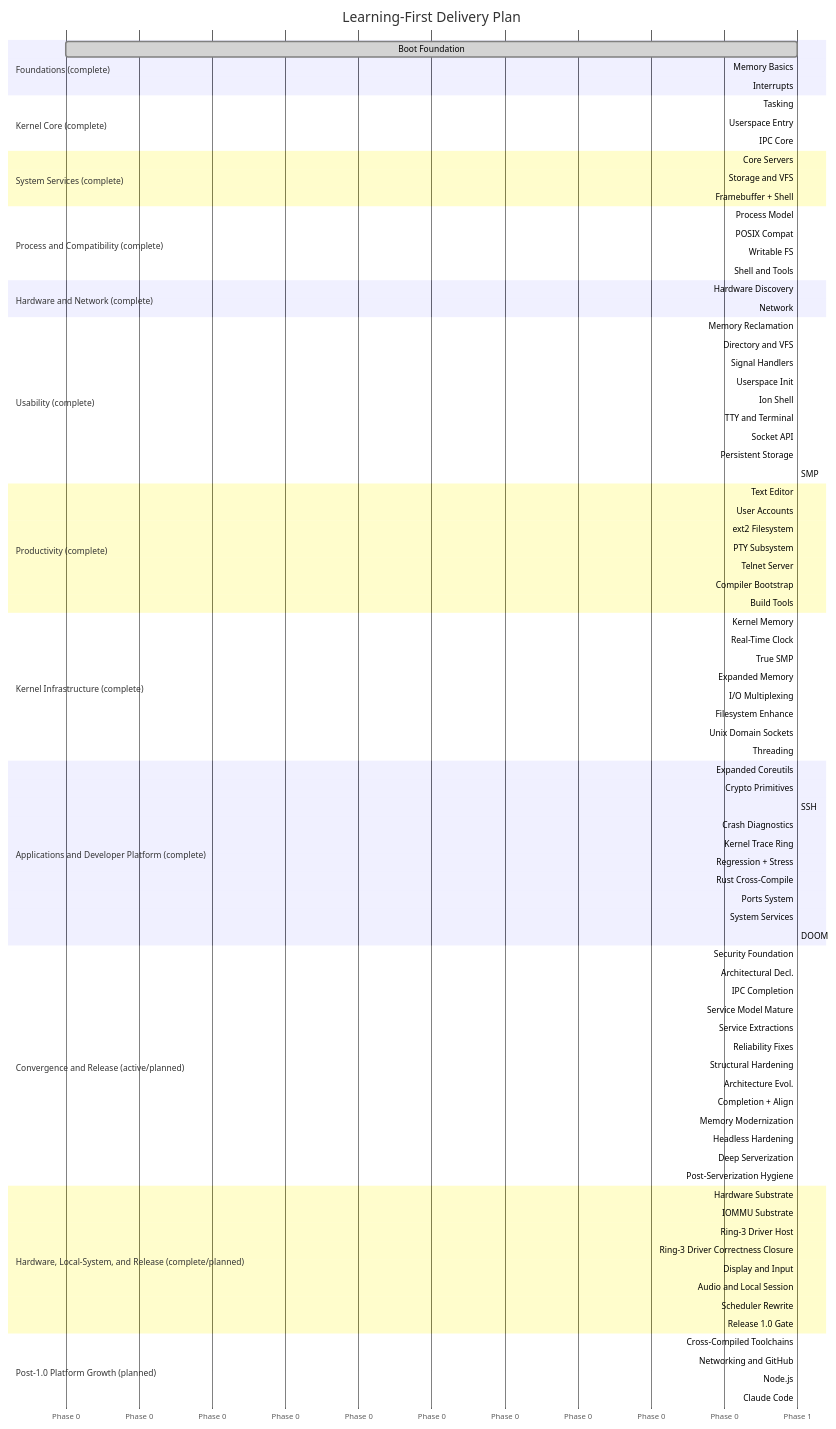
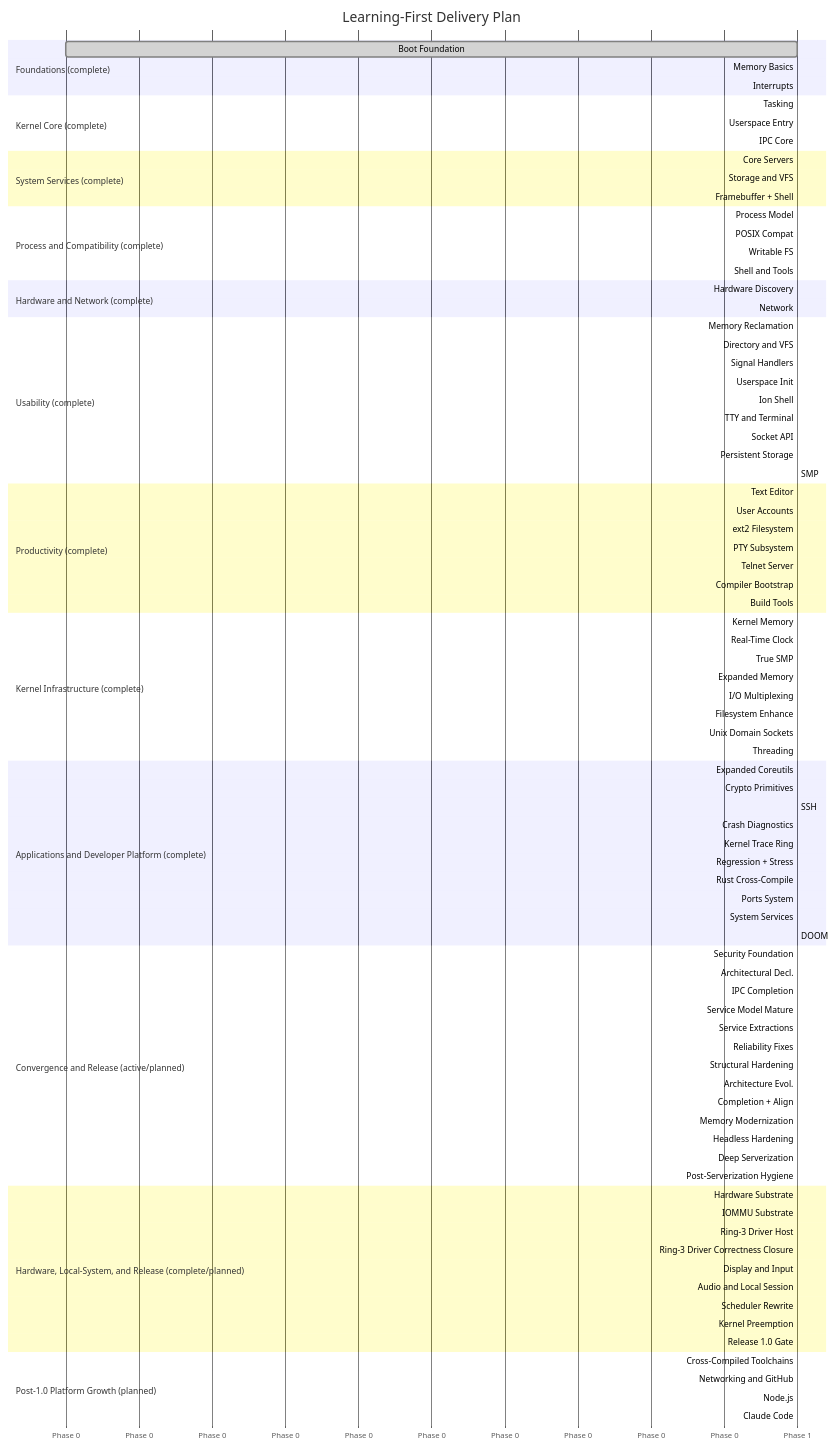
The second of 2 diagrams in docs/roadmap/README.md (mikecubed/m3OS), drawn with Mermaid before and after one commit. The commit also changed other lines of this file and 46 other files, not shown here.

First line of the commit message:
Phase 57a: scheduler block/wake protocol rewrite (WIP) (#129)

```diff
--- a/docs/roadmap/README.md
+++ b/docs/roadmap/README.md
@@ -408,7 +411,8 @@
     Ring-3 Driver Correctness Closure :p55c, after p55b, 1
     Display and Input       :p56, after p55b, 1
     Audio and Local Session :p57, after p56, 1
-    Scheduler Rewrite       :p57a, after p57, 1
+    Scheduler Rewrite       :done, p57a, after p57, 1
+    Kernel Preemption       :p57b, after p57a, 1
     Release 1.0 Gate        :p58, after p55c, 1
 
     section Post-1.0 Platform Growth (planned)
```
